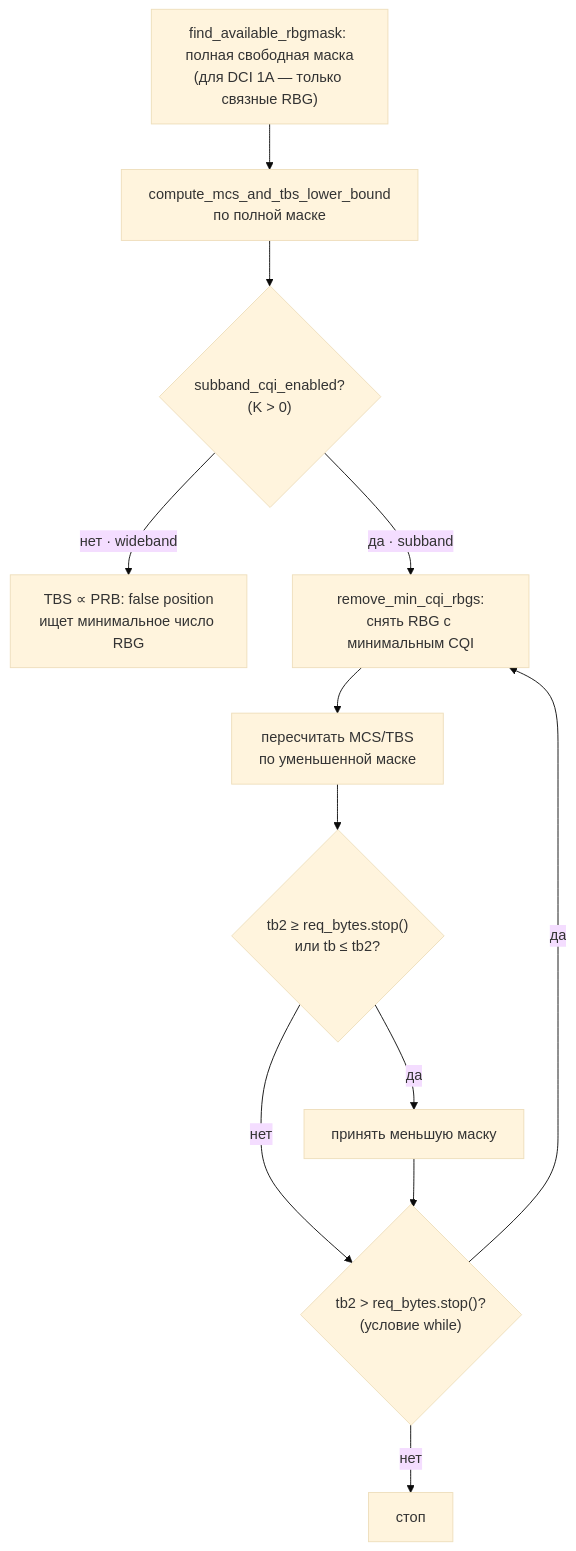
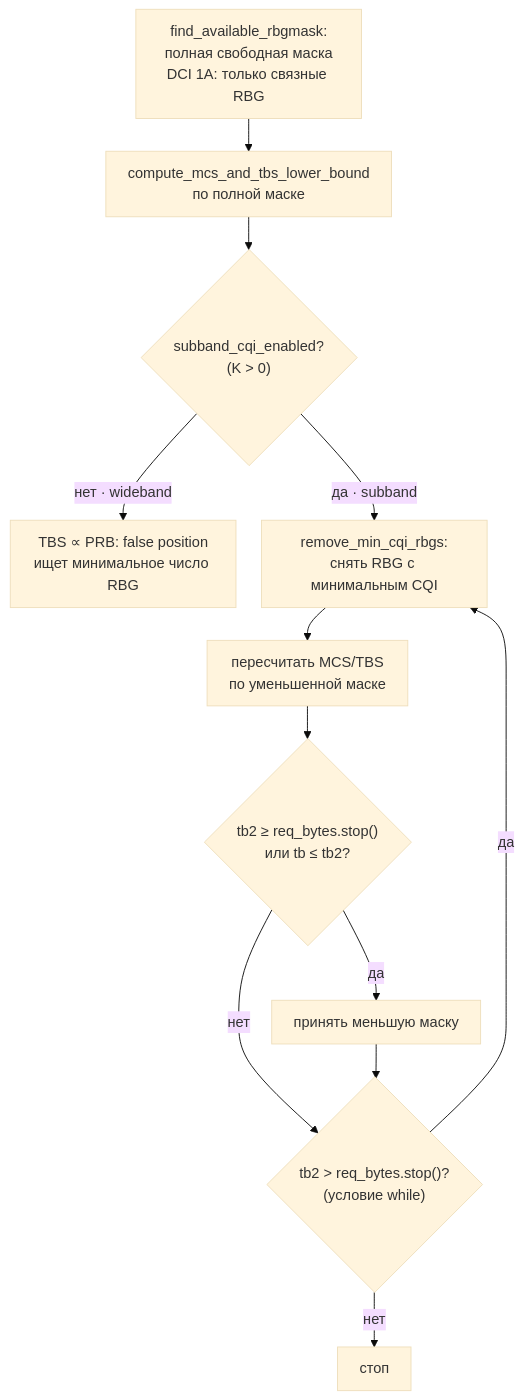
One commit to dokbrawn/REC-S5 changed the fourth of 5 diagrams in weeks/docs/week_03_report.md. Above: the diagram before and after it, drawn with Mermaid (base theme). The commit also changed other lines of this file, not shown here.

````diff
--- a/weeks/docs/week_03_report.md
+++ b/weeks/docs/week_03_report.md
@@ -464,14 +467,15 @@
 ```mermaid
+%%{init: {"flowchart": {"htmlLabels": true, "nodeSpacing": 28, "rankSpacing": 36, "padding": 12}}}%%
 flowchart TD
-    A["find_available_rbgmask: полная свободная маска<br/>(для DCI 1A — только связные RBG)"] --> B["compute_mcs_and_tbs_lower_bound<br/>по полной маске"]
+    A["find_available_rbgmask:<br/>полная свободная маска<br/>DCI 1A: только связные RBG"] --> B["compute_mcs_and_tbs_lower_bound<br/>по полной маске"]
     B --> C{"subband_cqi_enabled?<br/>(K > 0)"}
     C -->|"нет · wideband"| D["TBS ∝ PRB: false position<br/>ищет минимальное число RBG"]
     C -->|"да · subband"| E["remove_min_cqi_rbgs:<br/>снять RBG с минимальным CQI"]
     E --> F["пересчитать MCS/TBS<br/>по уменьшенной маске"]
     F --> G{"tb2 ≥ req_bytes.stop()<br/>или tb ≤ tb2?"}
     G -->|"да"| H["принять меньшую маску"]
     G -->|"нет"| J
     H --> J{"tb2 > req_bytes.stop()?<br/>(условие while)"}
     J -->|"да"| E
     J -->|"нет"| I["стоп"]
 ```
````
